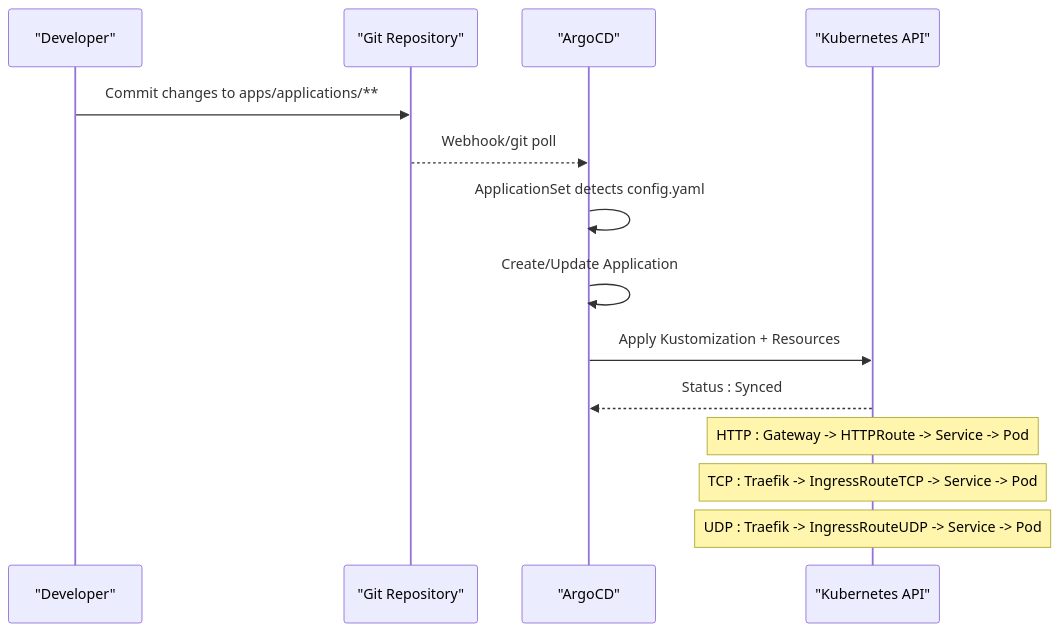
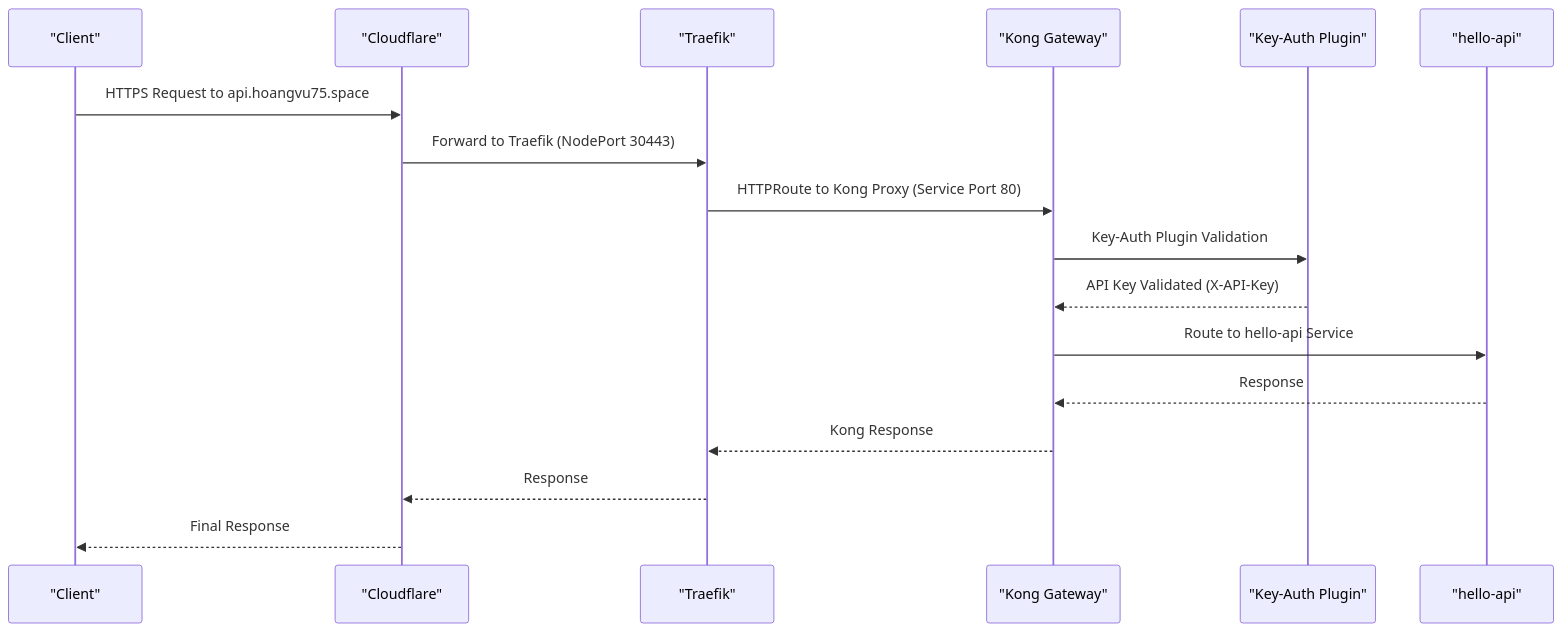
One commit to Hoangvu75/k8s_manifest changed the second of 3 diagrams in .qoder/repowiki/en/content/Playground Applications/Demo Applications/Demo Applications.md. Above: the diagram before and after it, drawn with Mermaid. The commit also changed other lines of this file and 4 other files, not shown here.

````diff
--- a/.qoder/repowiki/en/content/Playground Applications/Demo Applications/Demo Applications.md
+++ b/.qoder/repowiki/en/content/Playground Applications/Demo Applications/Demo Applications.md
@@ -146,16 +151,19 @@
 ```mermaid
 sequenceDiagram
-participant Dev as "Developer"
-participant Repo as "Git Repository"
-participant ArgoCD as "ArgoCD"
-participant K8s as "Kubernetes API"
-Dev->>Repo : Commit changes to apps/applications/**
-Repo-->>ArgoCD : Webhook/git poll
-ArgoCD->>ArgoCD : ApplicationSet detects config.yaml
-ArgoCD->>ArgoCD : Create/Update Application
-ArgoCD->>K8s : Apply Kustomization + Resources
-K8s-->>ArgoCD : Status : Synced
-Note over K8s : HTTP : Gateway -> HTTPRoute -> Service -> Pod
-Note over K8s : TCP : Traefik -> IngressRouteTCP -> Service -> Pod
-Note over K8s : UDP : Traefik -> IngressRouteUDP -> Service -> Pod
+participant Client as "Client"
+participant CF as "Cloudflare"
+participant TR as "Traefik"
+participant KG as "Kong Gateway"
+participant KA as "Key-Auth Plugin"
+participant APP as "hello-api"
+Client->>CF : HTTPS Request to api.hoangvu75.space
+CF->>TR : Forward to Traefik (NodePort 30443)
+TR->>KG : HTTPRoute to Kong Proxy (Service Port 80)
+KG->>KA : Key-Auth Plugin Validation
+KA-->>KG : API Key Validated (X-API-Key)
+KG->>APP : Route to hello-api Service
+APP-->>KG : Response
+KG-->>TR : Kong Response
+TR-->>CF : Response
+CF-->>Client : Final Response
 ```
````
